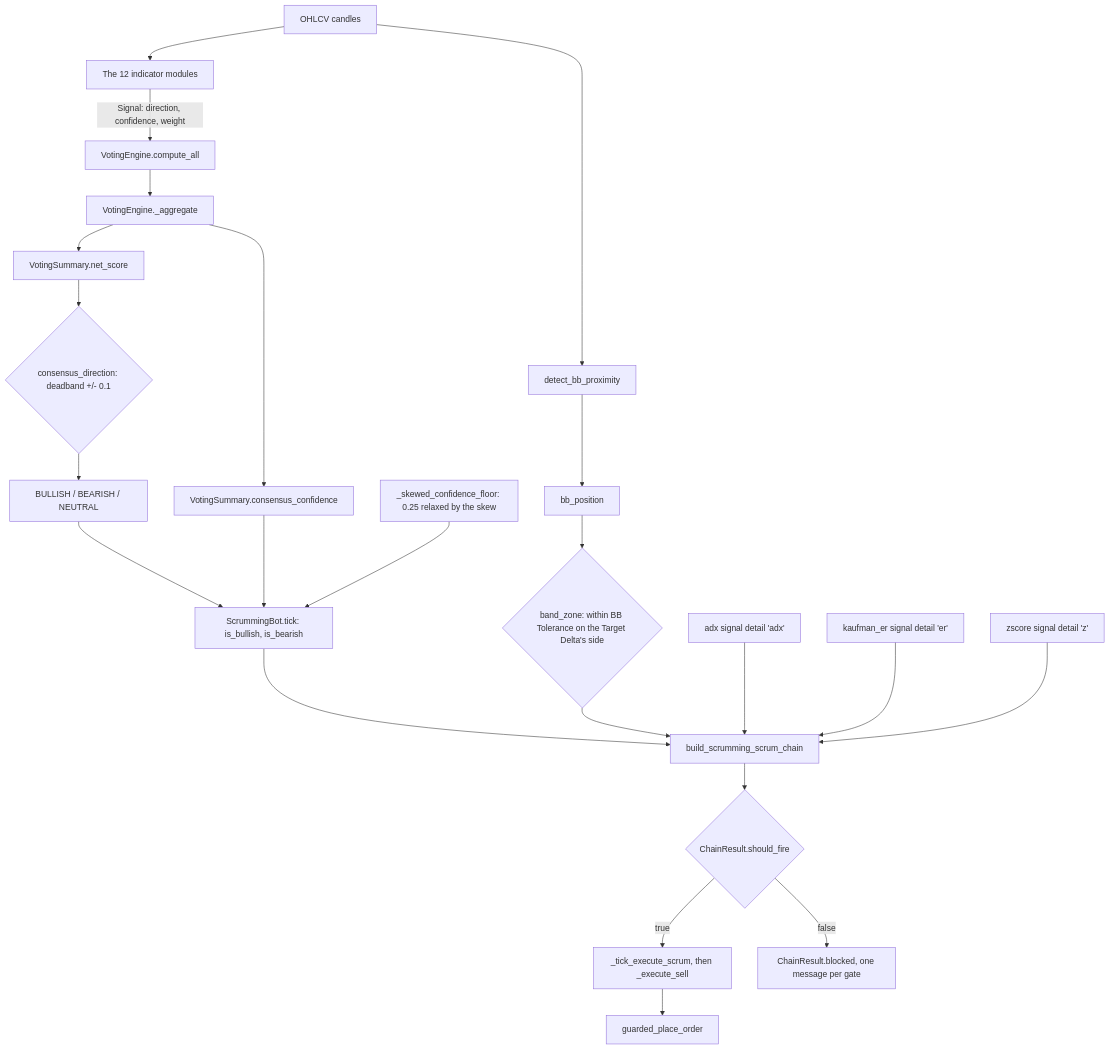
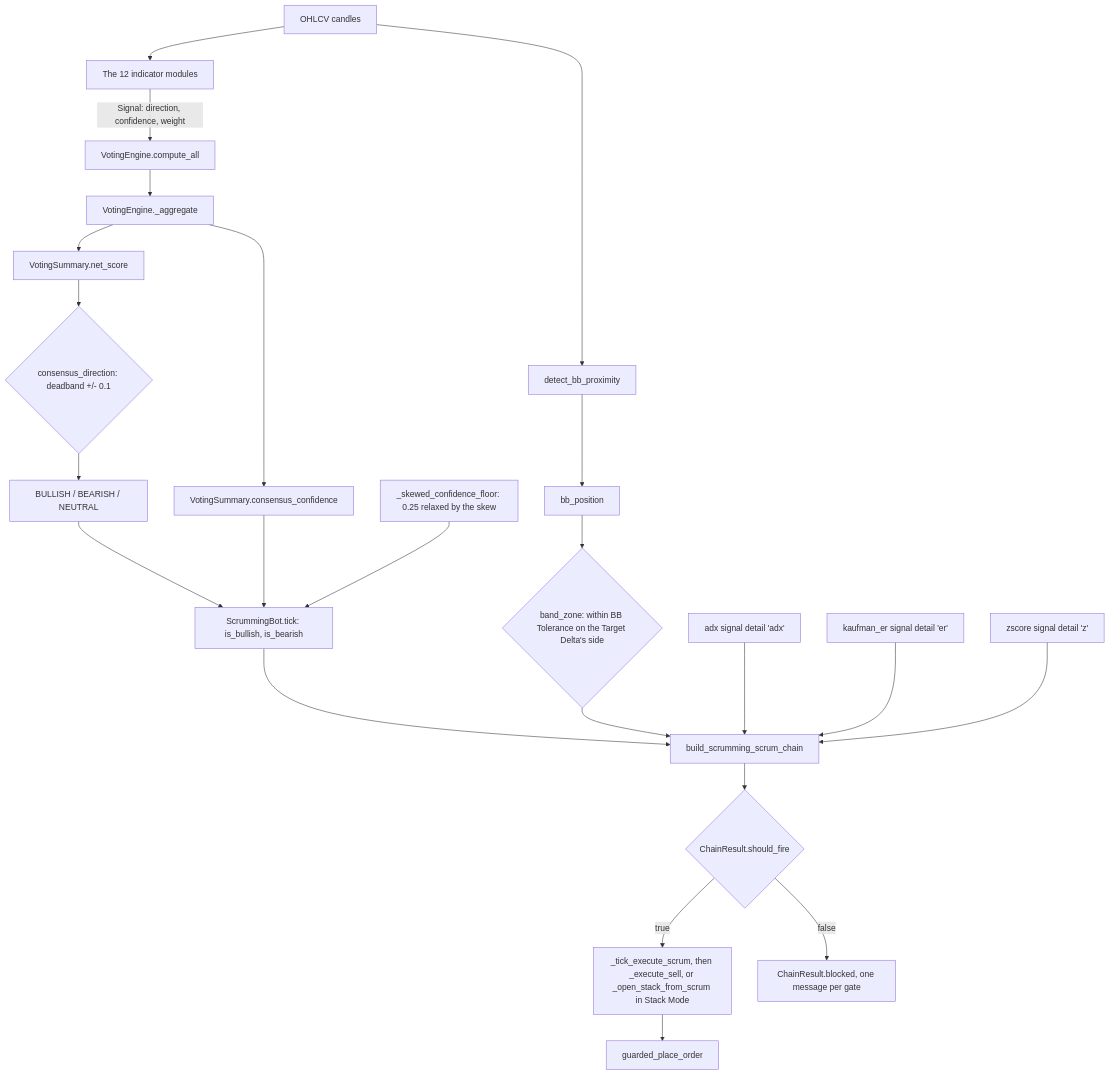
The diagram in docs/manual/07-indicators.md (Acervator-LLC/ACERVATOR), drawn with Mermaid before and after one commit. The commit also changed 8 other files, not shown here.

First line of the commit message:
A scrum that rests its Stack rungs is booked as placed, and the next read rests none beside them (#1836) (#1856)

````diff
--- a/docs/manual/07-indicators.md
+++ b/docs/manual/07-indicators.md
@@ -2438,25 +2438,25 @@
 ```mermaid
 flowchart TD
     CANDLES[OHLCV candles] --> IND[The 12 indicator modules]
     IND -->|"Signal: direction, confidence, weight"| ENGINE[VotingEngine.compute_all]
     ENGINE --> AGG[VotingEngine._aggregate]
     AGG --> NET[VotingSummary.net_score]
     AGG --> CONF[VotingSummary.consensus_confidence]
     NET --> DEAD{"consensus_direction: deadband +/- 0.1"}
     DEAD --> DIR["BULLISH / BEARISH / NEUTRAL"]
     DIR --> EFF["ScrummingBot.tick: is_bullish, is_bearish"]
     CONF --> EFF
     FLOOR["_skewed_confidence_floor: 0.25 relaxed by the skew"] --> EFF
     CANDLES --> BBP[detect_bb_proximity]
     BBP --> BBPOS[bb_position]
     BBPOS --> DT{"band_zone: within BB Tolerance on the Target Delta's side"}
     EFF --> CHAIN[build_scrumming_scrum_chain]
     DT --> CHAIN
     ADXD["adx signal detail 'adx'"] --> CHAIN
     ERD["kaufman_er signal detail 'er'"] --> CHAIN
     ZD["zscore signal detail 'z'"] --> CHAIN
     CHAIN --> RES{"ChainResult.should_fire"}
-    RES -->|true| FIRE["_tick_execute_scrum, then _execute_sell"]
+    RES -->|true| FIRE["_tick_execute_scrum, then _execute_sell, or _open_stack_from_scrum in Stack Mode"]
     RES -->|false| BLOCK["ChainResult.blocked, one message per gate"]
     FIRE --> ORDER[guarded_place_order]
 ```
````
